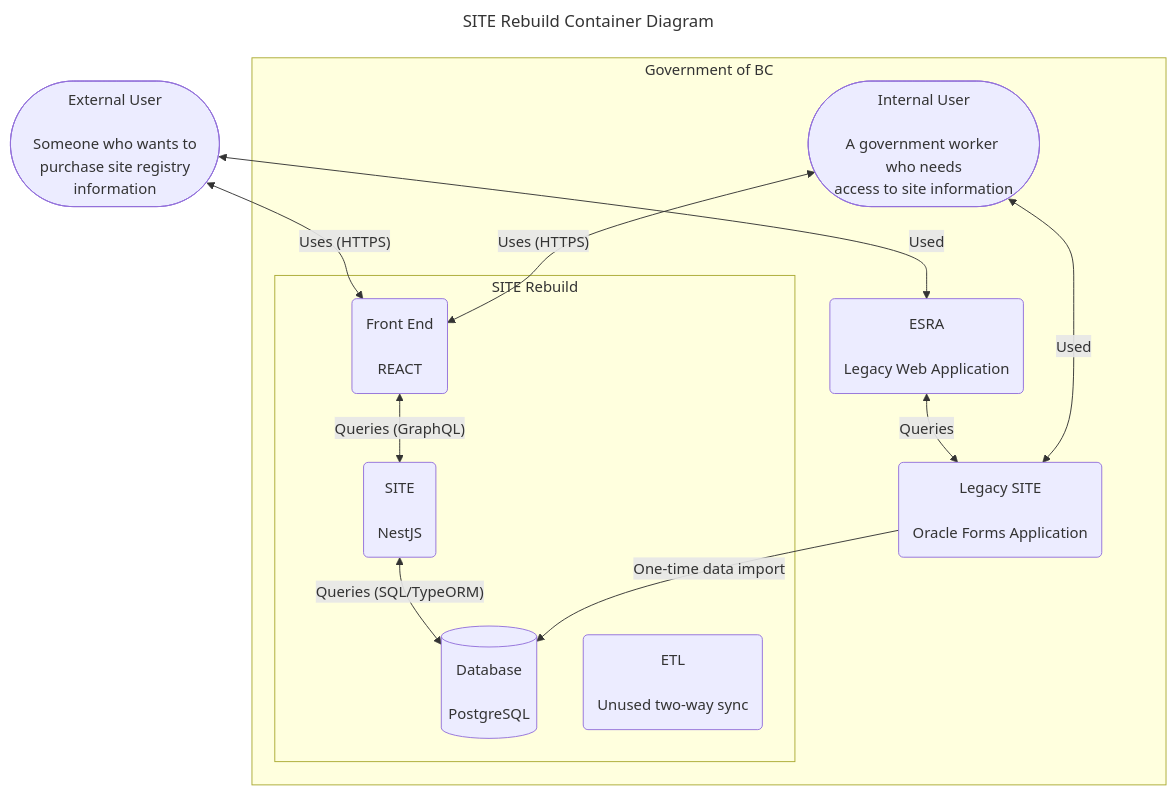
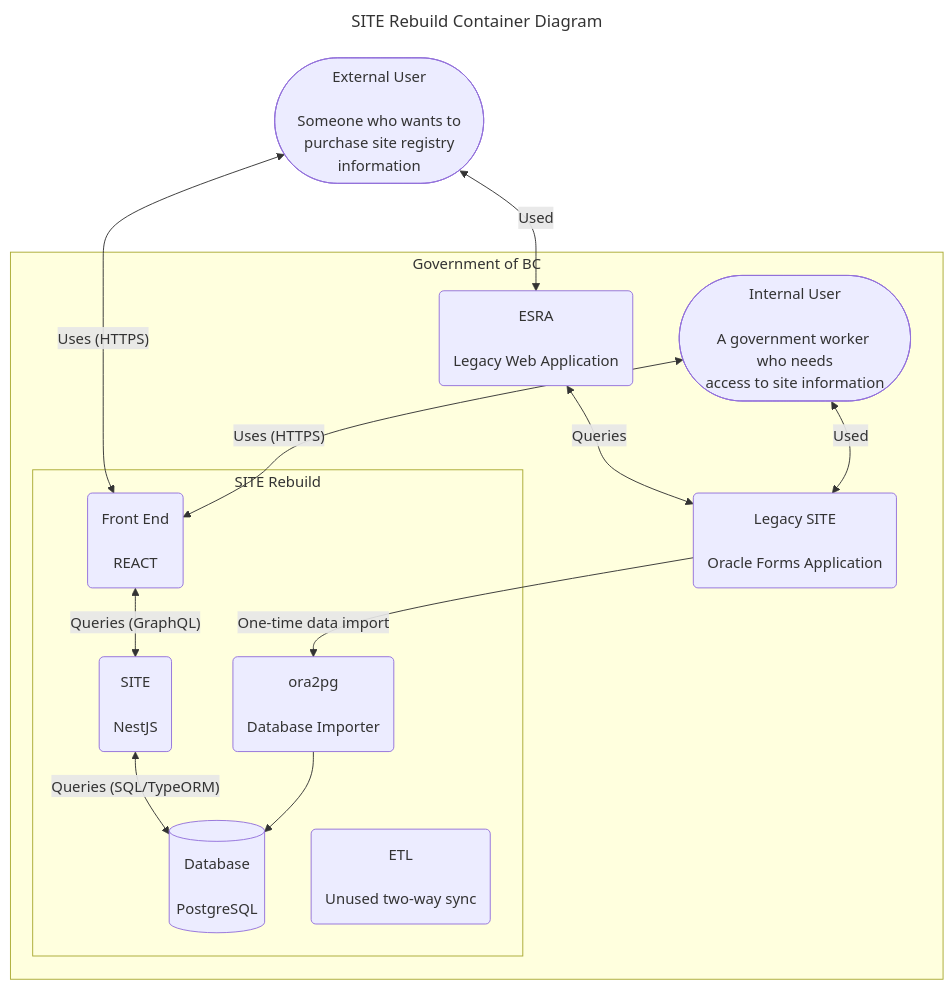
Before and after one commit to bcgov/nr-site-registry: the second of 2 diagrams in ARCHITECTURE.md, drawn with Mermaid.

Commit message:
Update architecture diagram with ora2pg

````diff
--- a/ARCHITECTURE.md
+++ b/ARCHITECTURE.md
@@ -34,35 +34,36 @@
 ```mermaid
 ---
 title: SITE Rebuild Container Diagram
 ---
 flowchart TB
   accTitle: SITE Rebuild Container Diagram
   accDescr: This diagram details the individual services that make up the SITE Rebuild.
 
   ExtUser(["External User<br /><br />Someone who wants to<br />purchase site registry<br />information"])
 
   subgraph "Government of BC"
     subgraph "SITE Rebuild"
       Site("SITE<br /><br />NestJS")
       FrontEnd("Front End<br /><br />REACT")
       SiteDb[("Database<br /><br />PostgreSQL")]
       Etl("ETL<br /><br />Unused two-way sync")
+      Ora2Pg("ora2pg<br /><br />Database Importer")
 
       FrontEnd <--"Queries (GraphQL)"--> Site
       Site <--"Queries (SQL/TypeORM)"-->SiteDb
     end
 
     Esra("ESRA<br /><br />Legacy Web Application")
     Legacy("Legacy SITE<br /><br />Oracle Forms Application")
     IntUser(["Internal User<br /><br />A government worker who needs<br />access to site information"])
     
-    Legacy --"One-time data import"--> SiteDb
+    Legacy --"One-time data import"--> Ora2Pg --> SiteDb
 
   end
 
   ExtUser <--"Uses (HTTPS)"--> FrontEnd
   ExtUser <--"Used"--> Esra
   Esra <--"Queries"--> Legacy
   IntUser <--"Used"--> Legacy
   IntUser <--"Uses (HTTPS)"--> FrontEnd
 ```
````
